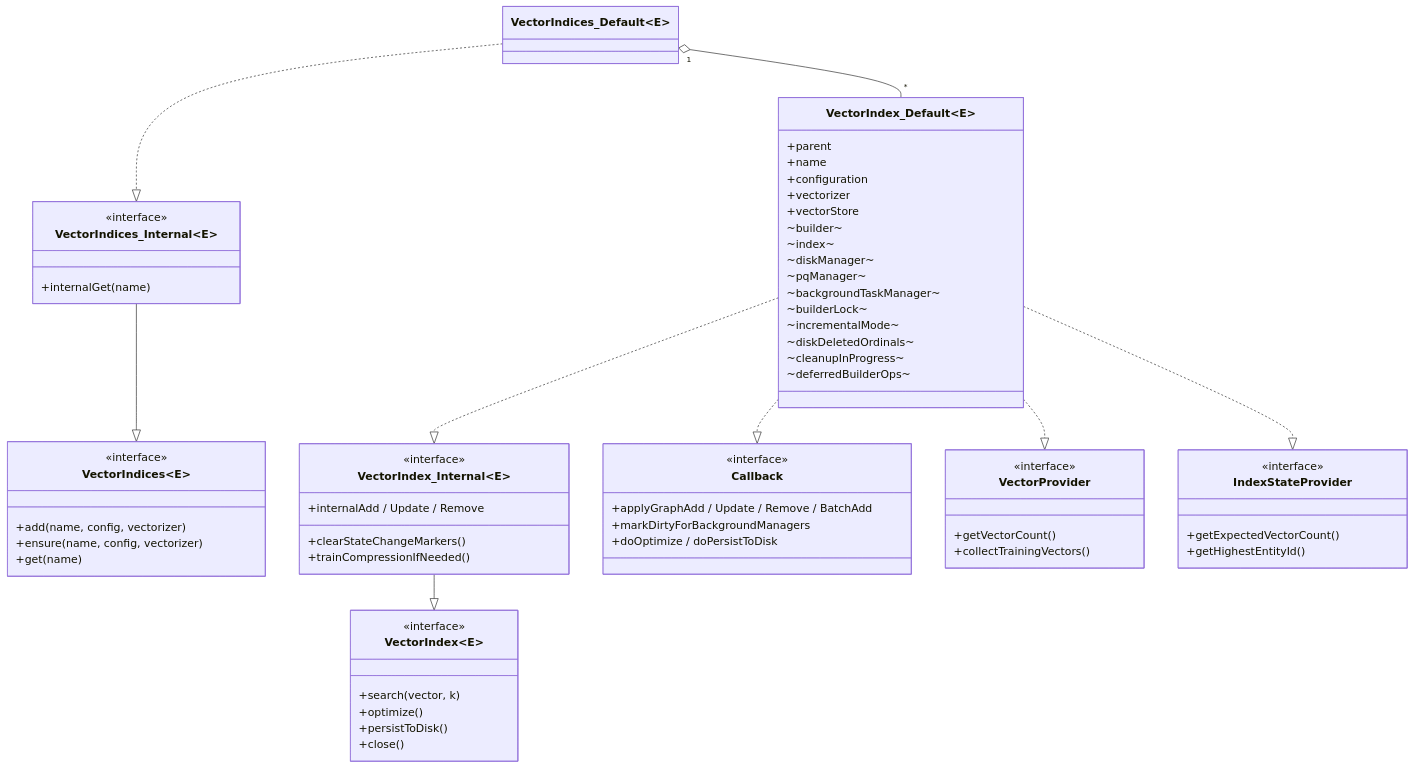
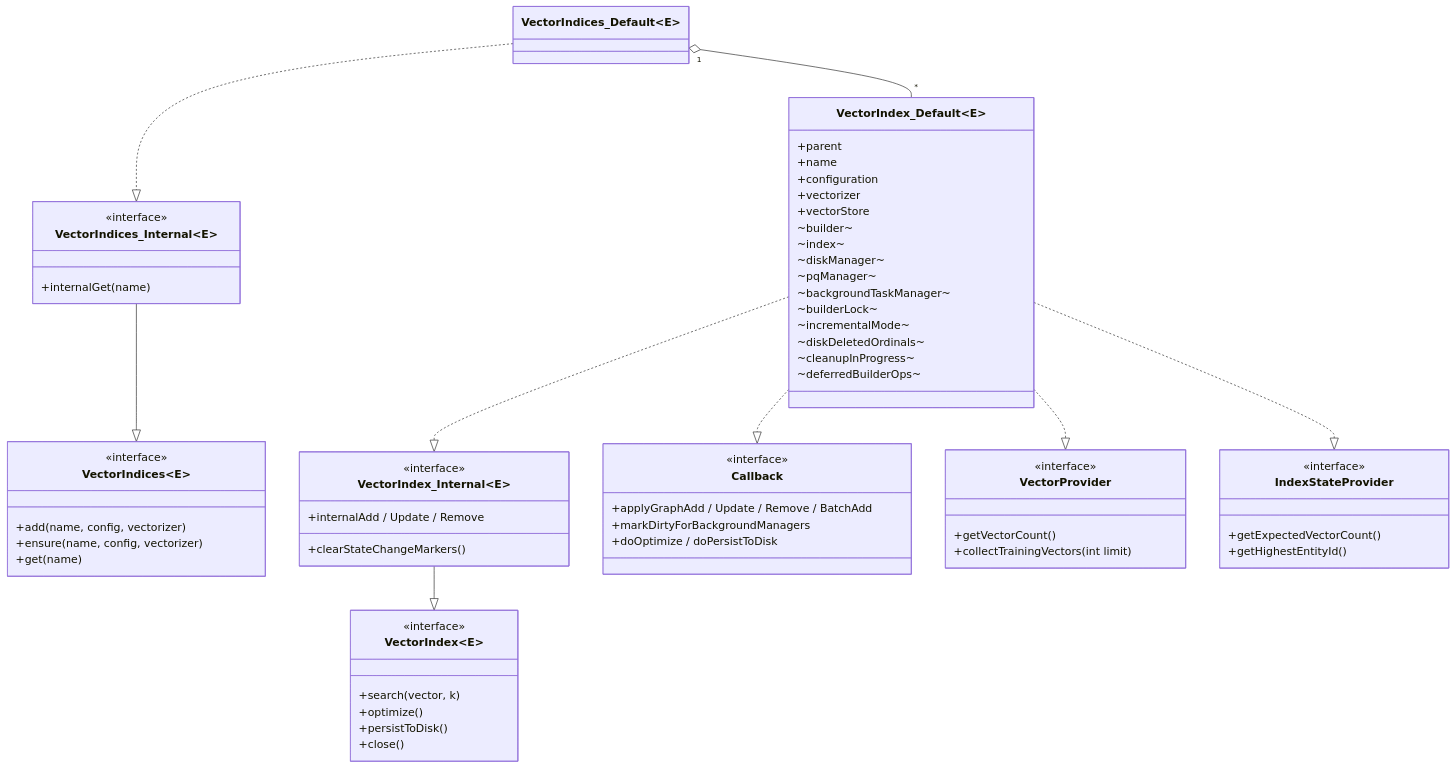
Before and after one commit to eclipse-store/store: the second of 10 diagrams in gigamap/jvector/ARCHITECTURE.md, drawn with Mermaid. The commit also changed other lines of this file and 16 other files, not shown here.

````diff
--- a/gigamap/jvector/ARCHITECTURE.md
+++ b/gigamap/jvector/ARCHITECTURE.md
@@ -112,75 +112,74 @@
 ```mermaid
 classDiagram
     direction TB
 
     class VectorIndices~E~ {
         <<interface>>
         +add(name, config, vectorizer)
         +ensure(name, config, vectorizer)
         +get(name)
     }
     class VectorIndices_Internal~E~ {
         <<interface>>
         +internalGet(name)
     }
     class VectorIndices_Default~E~
 
     class VectorIndex~E~ {
         <<interface>>
         +search(vector, k)
         +optimize()
         +persistToDisk()
         +close()
     }
     class VectorIndex_Internal~E~ {
         <<interface>>
         +internalAdd / Update / Remove
         +clearStateChangeMarkers()
-        +trainCompressionIfNeeded()
     }
     class VectorIndex_Default~E~ {
         +parent
         +name
         +configuration
         +vectorizer
         +vectorStore
         ~builder~
         ~index~
         ~diskManager~
         ~pqManager~
         ~backgroundTaskManager~
         ~builderLock~
         ~incrementalMode~
         ~diskDeletedOrdinals~
         ~cleanupInProgress~
         ~deferredBuilderOps~
     }
 
     class Callback {
         <<interface>>
         +applyGraphAdd / Update / Remove / BatchAdd
         +markDirtyForBackgroundManagers
         +doOptimize / doPersistToDisk
     }
     class VectorProvider {
         <<interface>>
         +getVectorCount()
-        +collectTrainingVectors()
+        +collectTrainingVectors(int limit)
     }
     class IndexStateProvider {
         <<interface>>
         +getExpectedVectorCount()
         +getHighestEntityId()
     }
 
     VectorIndices_Internal~E~ --|> VectorIndices~E~
     VectorIndices_Default~E~ ..|> VectorIndices_Internal~E~
 
     VectorIndex_Internal~E~ --|> VectorIndex~E~
     VectorIndex_Default~E~ ..|> VectorIndex_Internal~E~
     VectorIndex_Default~E~ ..|> Callback
     VectorIndex_Default~E~ ..|> VectorProvider
     VectorIndex_Default~E~ ..|> IndexStateProvider
 
     VectorIndices_Default~E~ "1" o-- "*" VectorIndex_Default~E~
 ```
````
